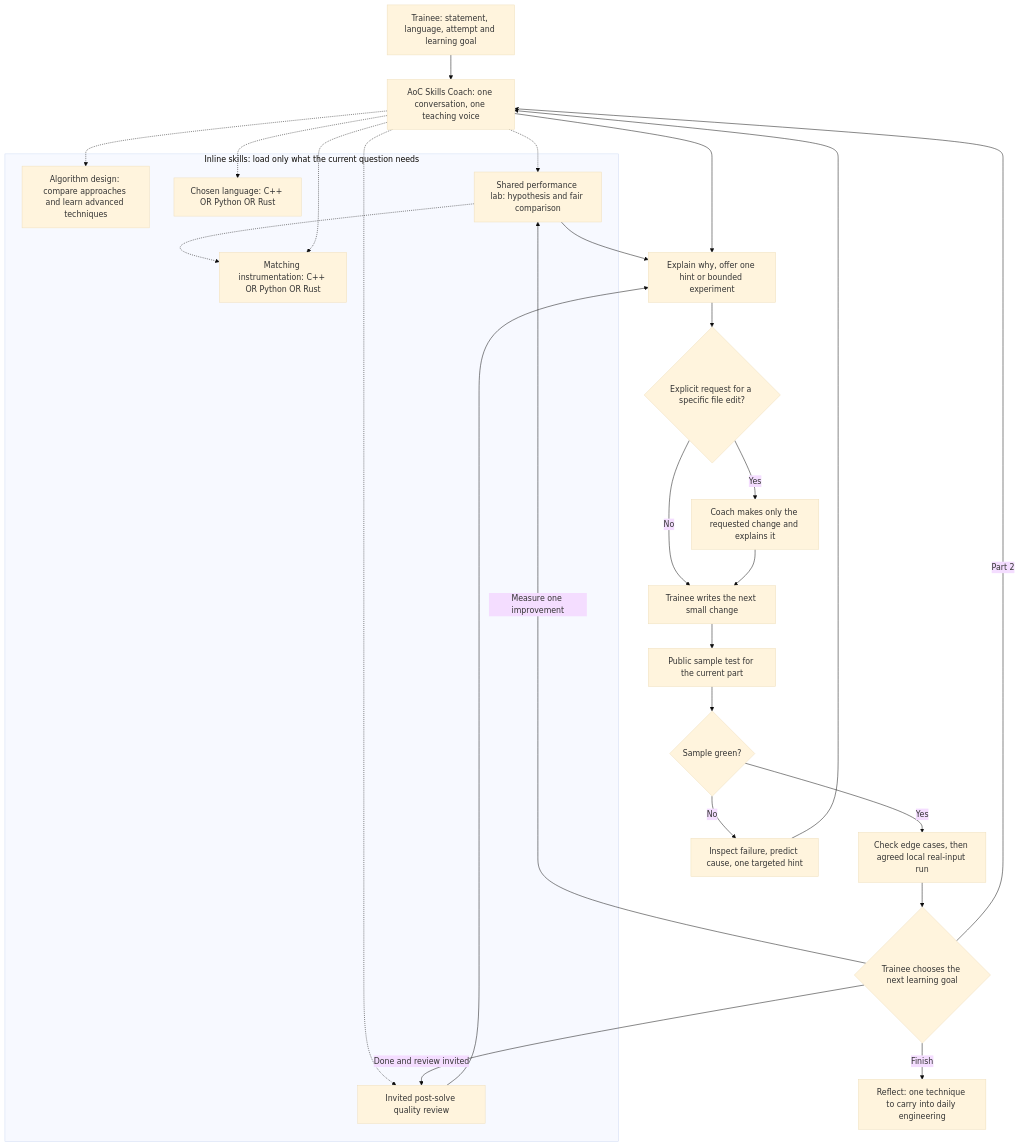
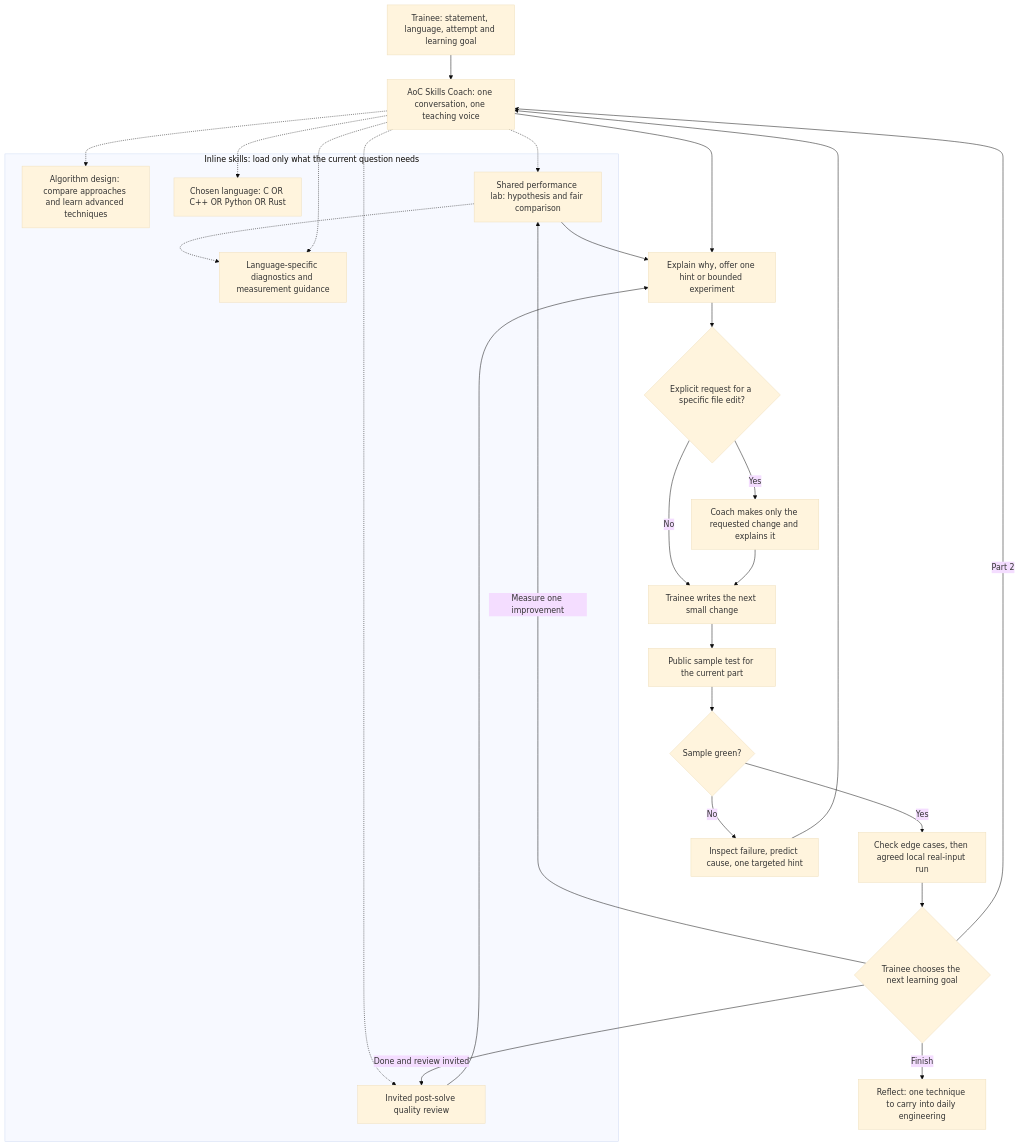
The diagram in references/skill-workflow.md (ebarczynski/aoc-tutor-skill-based), drawn with Mermaid (base theme) before and after one commit. The commit also changed other lines of this file and 6 other files, not shown here.

````diff
--- a/references/skill-workflow.md
+++ b/references/skill-workflow.md
@@ -33,36 +33,36 @@
 ```mermaid
 flowchart TB
     T["Trainee: statement, language, attempt and learning goal"]
     C["AoC Skills Coach: one conversation, one teaching voice"]
     T --> C
     subgraph Knowledge["Inline skills: load only what the current question needs"]
         A["Algorithm design: compare approaches and learn advanced techniques"]
-        L["Chosen language: C++ OR Python OR Rust"]
+        L["Chosen language: C OR C++ OR Python OR Rust"]
         P["Shared performance lab: hypothesis and fair comparison"]
-        I["Matching instrumentation: C++ OR Python OR Rust"]
+        I["Language-specific diagnostics and measurement guidance"]
         Q["Invited post-solve quality review"]
     end
     C -.-> A
     C -.-> L
     C -.-> P
     P -.-> I
     C -.-> I
     C -.-> Q
     C --> H["Explain why, offer one hint or bounded experiment"]
     H --> E{"Explicit request for a specific file edit?"}
     E -->|No| W["Trainee writes the next small change"]
     E -->|Yes| B["Coach makes only the requested change and explains it"]
     B --> W
     W --> R["Public sample test for the current part"]
     R --> G{"Sample green?"}
     G -->|No| D["Inspect failure, predict cause, one targeted hint"]
     D --> C
     G -->|Yes| V["Check edge cases, then agreed local real-input run"]
     V --> N{"Trainee chooses the next learning goal"}
     N -->|Part 2| C
     N -->|Measure one improvement| P
     P --> H
     N -->|Done and review invited| Q
     Q --> H
     N -->|Finish| F["Reflect: one technique to carry into daily engineering"]
 ```
````
